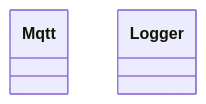
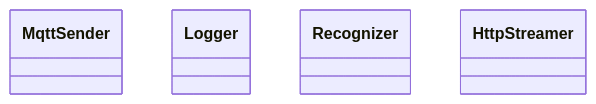
The diagram in Python_Code/readme.md (unravelet/theObserver), drawn with Mermaid before and after one commit. The commit also changed 6 other files, not shown here.

````diff
--- a/Python_Code/readme.md
+++ b/Python_Code/readme.md
@@ -1,5 +1,7 @@
 ```mermaid
 classDiagram
-	class Mqtt
+	class MqttSender
 	class Logger
+	class Recognizer
+	class HttpStreamer
 ```
````
